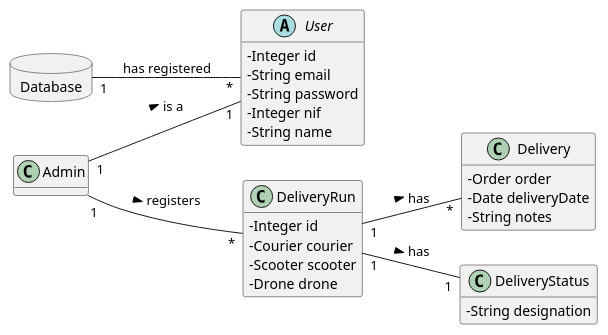
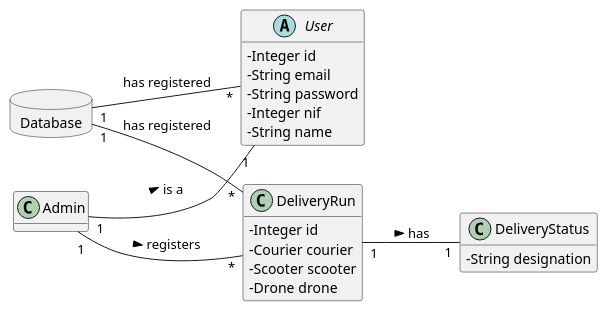
Before and after one commit to tiagoavcosta25/LAPR3: the diagram in docs/Iteration 2/Delivery Management/US206_RegisterDeliveryRun/US206_DM.puml, drawn with PlantUML. The commit also changed 12 other files, not shown here.

```diff
--- a/docs/Iteration 2/Delivery Management/US206_RegisterDeliveryRun/US206_DM.puml
+++ b/docs/Iteration 2/Delivery Management/US206_RegisterDeliveryRun/US206_DM.puml
@@ -1,46 +1,40 @@
 @startuml
 skinparam classAttributeIconSize 0
 hide methods
 left to right direction
 
 class Admin{
 
 }
 
 abstract class User{
 -Integer id
 -String email
 -String password
 -Integer nif
 -String name
-}
-
-class Delivery{
--Order order
--Date deliveryDate
--String notes
 }
 
 class DeliveryRun{
 -Integer id
 -Courier courier
 -Scooter scooter
 -Drone drone
 }
 
 class DeliveryStatus{
 -String designation
 }
 
 database Database{
 
 }
 
 
 Database "1" -- "*" User : has registered
+Database "1" -- "*" DeliveryRun : has registered
 Admin "1" -- "1" User : is a >
-DeliveryRun "1" -- "*" Delivery : has >
 DeliveryRun"1" -- "1" DeliveryStatus : has >
 Admin "1" -- "*" DeliveryRun : registers >
 
 @enduml
```
